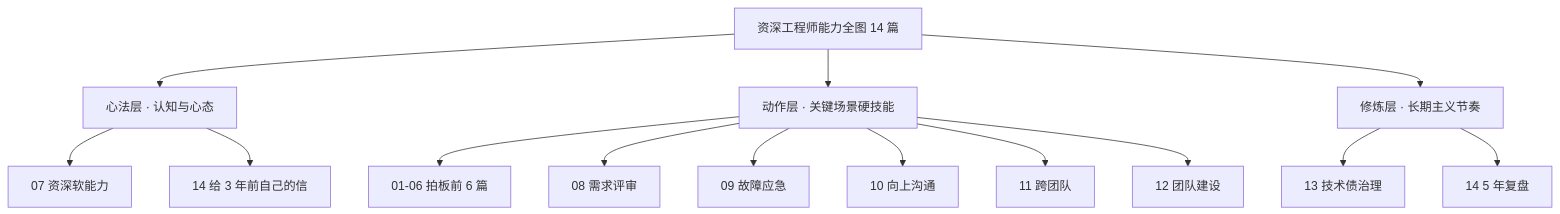
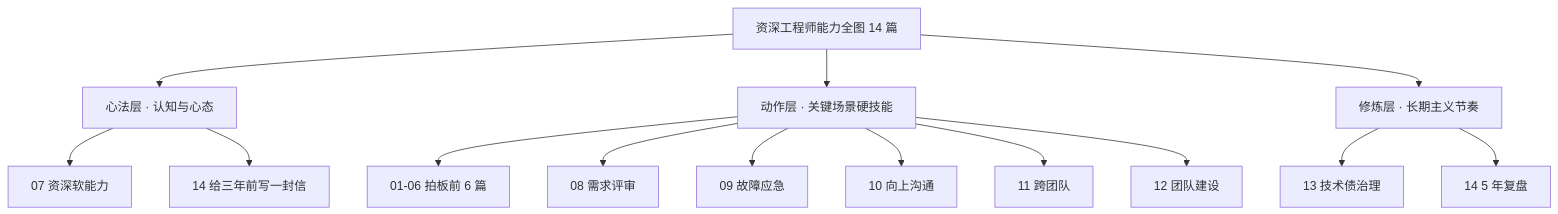
The sixth of 7 diagrams in docs/08.编程/05.程序员精进路/00.README.md (chongyang211/YCBookBlog), drawn with Mermaid before and after one commit. The commit also changed other lines of this file and 9 other files, not shown here.

````diff
--- a/docs/08.编程/05.程序员精进路/00.README.md
+++ b/docs/08.编程/05.程序员精进路/00.README.md
@@ -180,19 +175,19 @@
 ```mermaid
 graph TD
     A[资深工程师能力全图 14 篇] --> B[心法层 · 认知与心态]
     A --> C[动作层 · 关键场景硬技能]
     A --> D[修炼层 · 长期主义节奏]
 
     B --> B1[07 资深软能力]
-    B --> B2[14 给 3 年前自己的信]
+    B --> B2[14 给三年前写一封信]
 
     C --> C1[01-06 拍板前 6 篇]
     C --> C2[08 需求评审]
     C --> C3[09 故障应急]
     C --> C4[10 向上沟通]
     C --> C5[11 跨团队]
     C --> C6[12 团队建设]
 
     D --> D1[13 技术债治理]
     D --> D2[14 5 年复盘]
 ```
````
